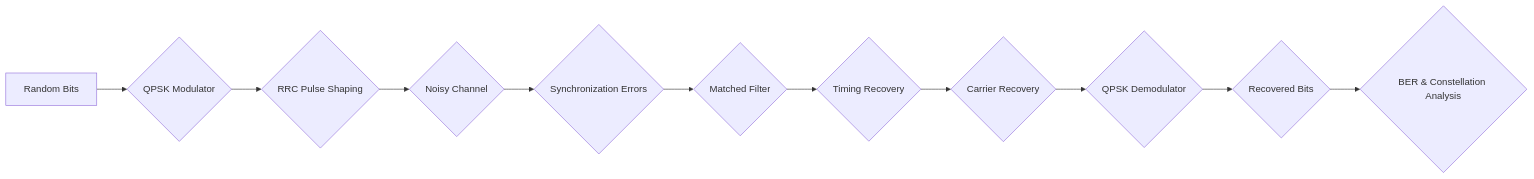
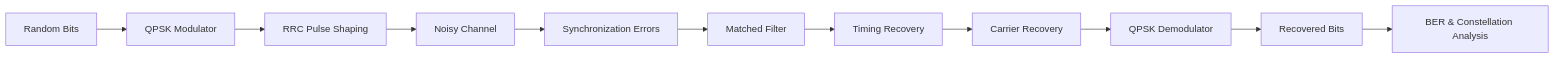
The diagram in README.md (Lukaku-1/adc-project-QPSK), drawn with Mermaid before and after one commit. The commit also changed other lines of this file, not shown here.

````diff
--- a/README.md
+++ b/README.md
@@ -12,6 +12,6 @@
 ```mermaid
 flowchart LR
-    A[Random Bits] --> B{QPSK Modulator} --> C{RRC Pulse Shaping} --> D{Noisy Channel} --> E{Synchronization Errors} --> F{Matched Filter} --> G{Timing Recovery} --> H{Carrier Recovery} --> I{QPSK Demodulator} --> J{Recovered Bits} --> K{BER & Constellation Analysis} 
+A[Random Bits] --> B[QPSK Modulator] --> C[RRC Pulse Shaping] --> D[Noisy Channel] --> E[Synchronization Errors] --> F[Matched Filter] --> G[Timing Recovery] --> H[Carrier Recovery] --> I[QPSK Demodulator] --> J[Recovered Bits] --> K[BER & Constellation Analysis]
 
 
 ```
````
